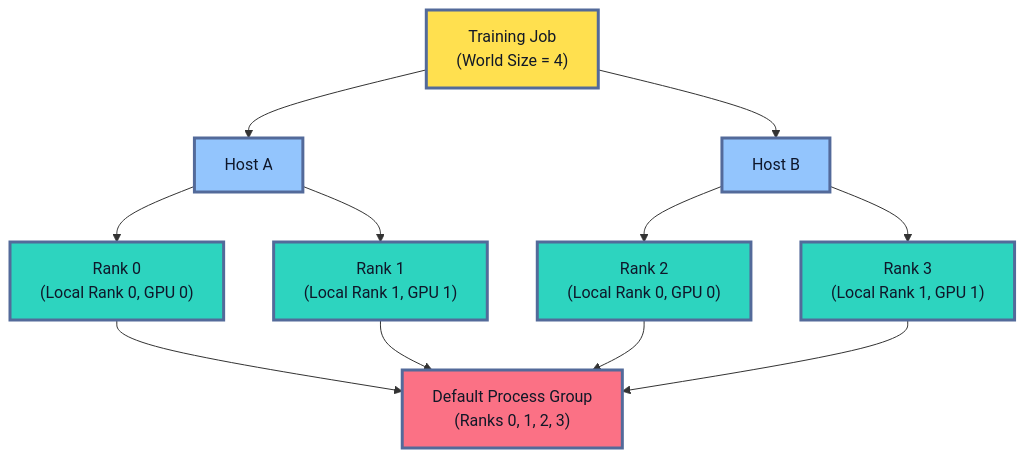
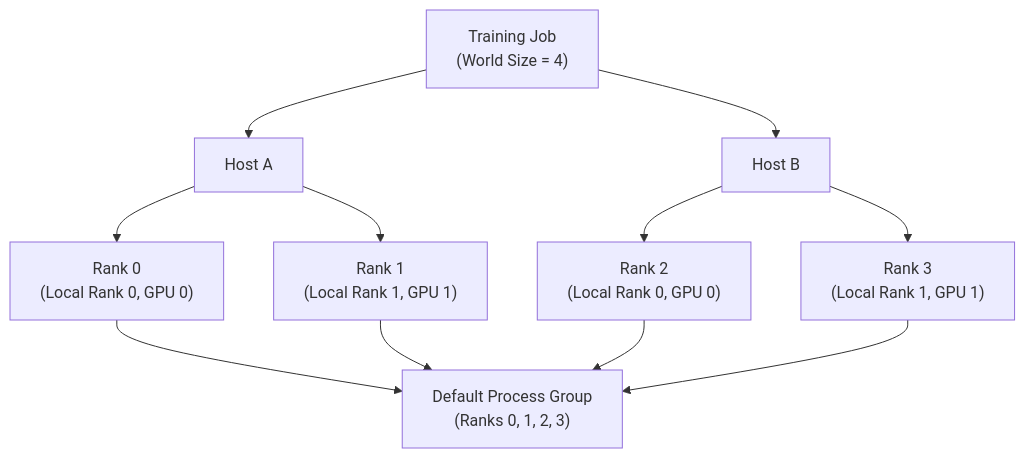
Before and after one commit to senlinyy/dev-roadmaps: the second of 4 diagrams in roadmaps/mlops/modules/training-pipelines/scaling-training/02-distributed-training-basics.md, drawn with Mermaid. The commit also changed other lines of this file and 152 other files, not shown here.

Commit message:
feat: mlops and diagrams updated

````diff
--- a/roadmaps/mlops/modules/training-pipelines/scaling-training/02-distributed-training-basics.md
+++ b/roadmaps/mlops/modules/training-pipelines/scaling-training/02-distributed-training-basics.md
@@ -94,22 +91,18 @@
 ```mermaid
 flowchart TD
     A["Training Job<br/>(World Size = 4)"] --> B["Host A"]
     A --> C["Host B"]
     B --> D["Rank 0<br/>(Local Rank 0, GPU 0)"]
     B --> E["Rank 1<br/>(Local Rank 1, GPU 1)"]
     C --> F["Rank 2<br/>(Local Rank 0, GPU 0)"]
     C --> G["Rank 3<br/>(Local Rank 1, GPU 1)"]
     D --> H["Default Process Group<br/>(Ranks 0, 1, 2, 3)"]
     E --> H
     F --> H
     G --> H
 
-    classDef job fill:#FFE04F,stroke:#536A9A,stroke-width:3px,color:#111827
-    classDef host fill:#93C5FD,stroke:#536A9A,stroke-width:3px,color:#0F172A
-    classDef worker fill:#2DD4BF,stroke:#536A9A,stroke-width:3px,color:#0F172A
-    classDef group fill:#FB7185,stroke:#536A9A,stroke-width:3px,color:#111827
     class A job
     class B,C host
     class D,E,F,G worker
     class H group
 ```
````
